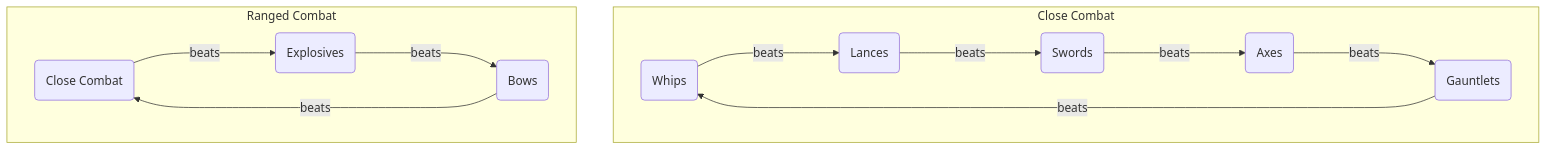
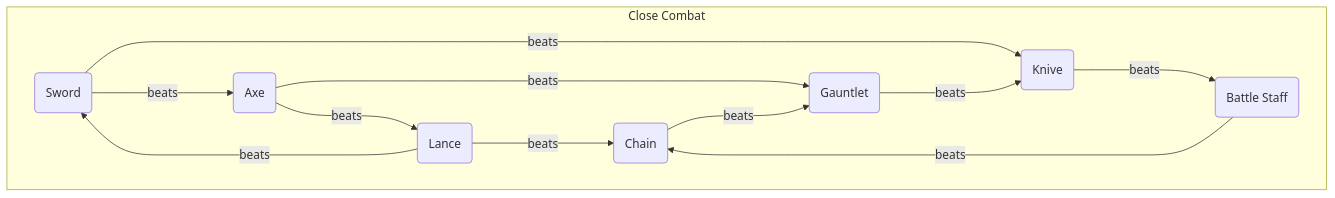
Before and after one commit to DonColon/vigilans-nexum-wiki: the first of 2 diagrams in wiki/catalog/Weapons.md, drawn with Mermaid. The commit also changed other lines of this file and 1 other file, not shown here.

Commit message:
Refactor Magic and Weapons sections for clarity; update spell and weapon relationships in flowcharts

````diff
--- a/wiki/catalog/Weapons.md
+++ b/wiki/catalog/Weapons.md
@@ -1,26 +1,23 @@
 ```mermaid
 flowchart
 	subgraph Close Combat
-	    whips(Whips)
-        lances(Lances)
-        swords(Swords)
-        axes(Axes)
-        gauntlets(Gauntlets)
-
-        whips--beats--->lances
-        lances--beats--->swords
-        swords--beats--->axes
-        axes--beats--->gauntlets
-        gauntlets--beats--->whips
-	end
-	
-	subgraph Ranged Combat
-		close-combat(Close Combat)
-		explosives(Explosives)
-		bows(Bows)
+		sword(Sword)
+		lance(Lance)
+		axe(Axe)
+		knive(Knive)
+		gauntlet(Gauntlet)
+		chain(Chain)
+		battle-staff(Battle Staff)
 		
-		close-combat--beats--->explosives
-		explosives--beats--->bows
-		bows--beats--->close-combat
+		sword--beats--->axe
+		sword--beats--->knive
+		axe--beats--->lance
+		axe--beats--->gauntlet
+		lance--beats--->sword
+		lance--beats--->chain
+		gauntlet--beats--->knive
+		knive--beats--->battle-staff
+		battle-staff--beats--->chain
+		chain--beats--->gauntlet
 	end
 ```
````
